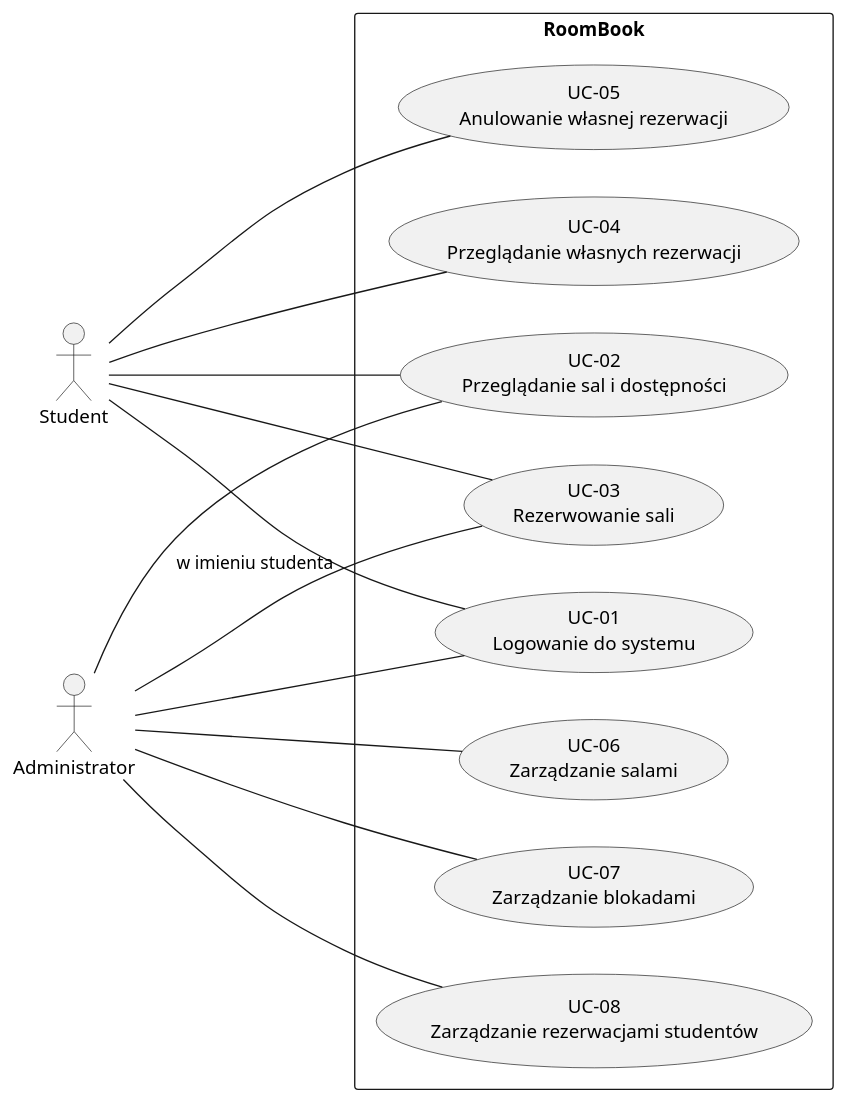
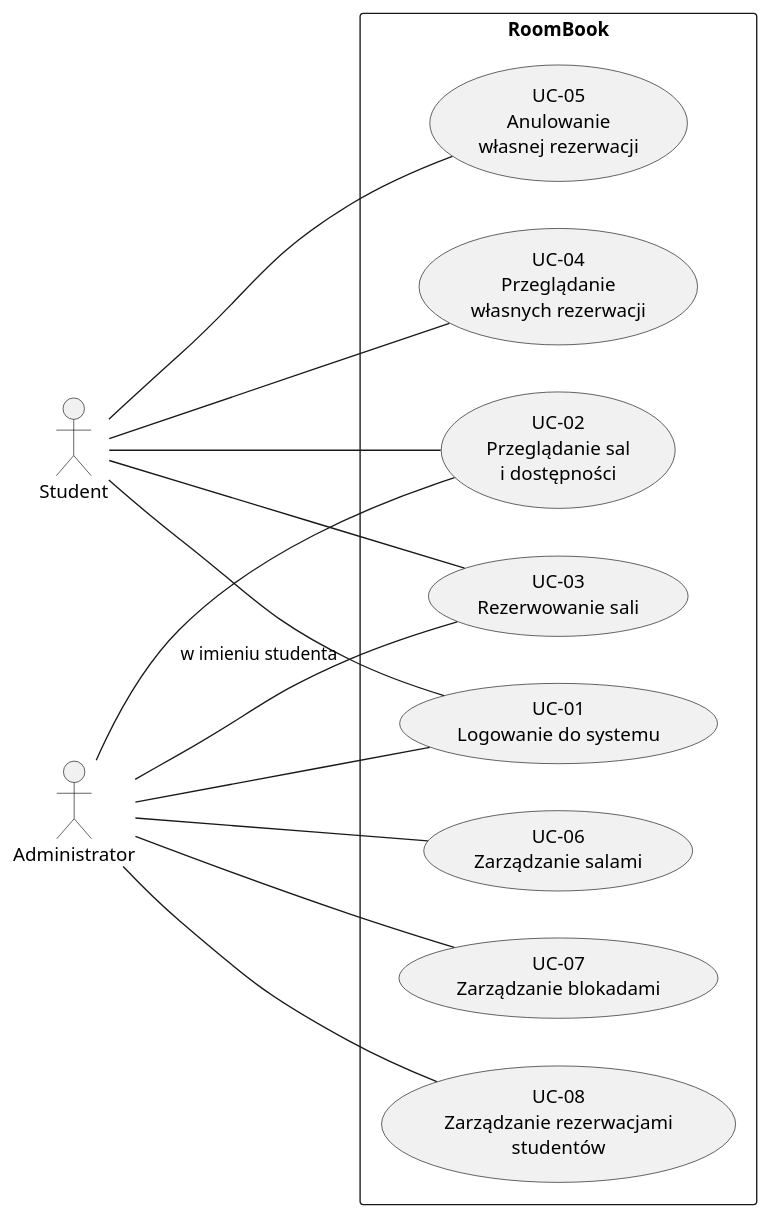
One commit to Tomasz-L-TL/ioii-projekt changed the diagram in docs/use-cases/diagram-przypadkow-uzycia.puml. Above: the diagram before and after it, drawn with PlantUML. The commit also changed 7 other files, not shown here.

Commit message:
Dodano architekturę C4 i poprawiono diagram UML

```diff
--- a/docs/use-cases/diagram-przypadkow-uzycia.puml
+++ b/docs/use-cases/diagram-przypadkow-uzycia.puml
@@ -1,28 +1,31 @@
 @startuml
 left to right direction
 skinparam shadowing false
 skinparam packageStyle rectangle
+skinparam nodesep 35
+skinparam ranksep 65
+skinparam usecasePadding 16
 actor Student as Student
 actor Administrator as Admin
 rectangle RoomBook {
   usecase "UC-01\nLogowanie do systemu" as UC01
-  usecase "UC-02\nPrzeglądanie sal i dostępności" as UC02
+  usecase "UC-02\nPrzeglądanie sal\ni dostępności" as UC02
   usecase "UC-03\nRezerwowanie sali" as UC03
-  usecase "UC-04\nPrzeglądanie własnych rezerwacji" as UC04
-  usecase "UC-05\nAnulowanie własnej rezerwacji" as UC05
+  usecase "UC-04\nPrzeglądanie\nwłasnych rezerwacji" as UC04
+  usecase "UC-05\nAnulowanie\nwłasnej rezerwacji" as UC05
   usecase "UC-06\nZarządzanie salami" as UC06
   usecase "UC-07\nZarządzanie blokadami" as UC07
-  usecase "UC-08\nZarządzanie rezerwacjami studentów" as UC08
+  usecase "UC-08\nZarządzanie rezerwacjami\nstudentów" as UC08
 }
 Student -- UC01
 Student -- UC02
 Student -- UC03
 Student -- UC04
 Student -- UC05
 Admin -- UC01
 Admin -- UC02
 Admin -- UC03 : w imieniu studenta
 Admin -- UC06
 Admin -- UC07
 Admin -- UC08
 @enduml
```
